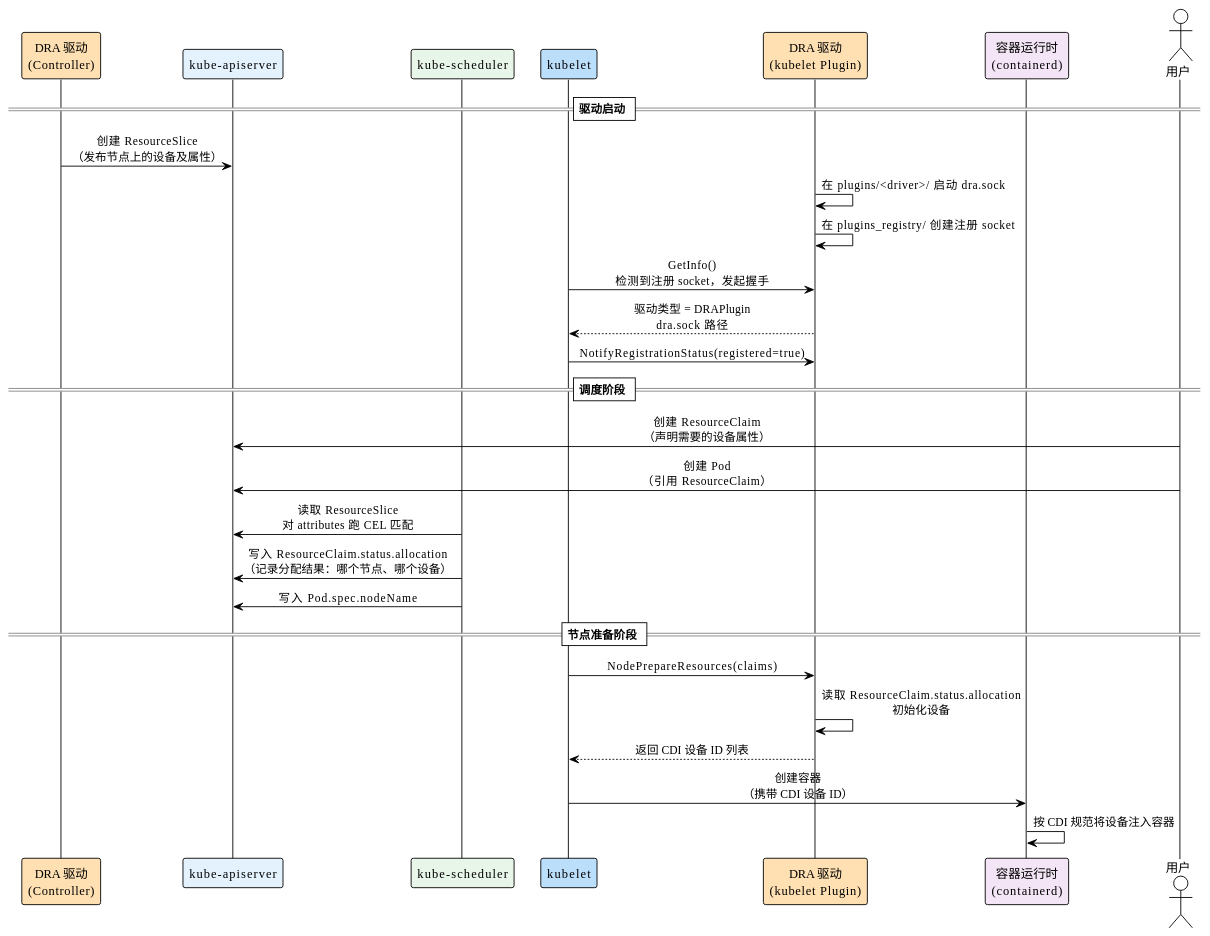
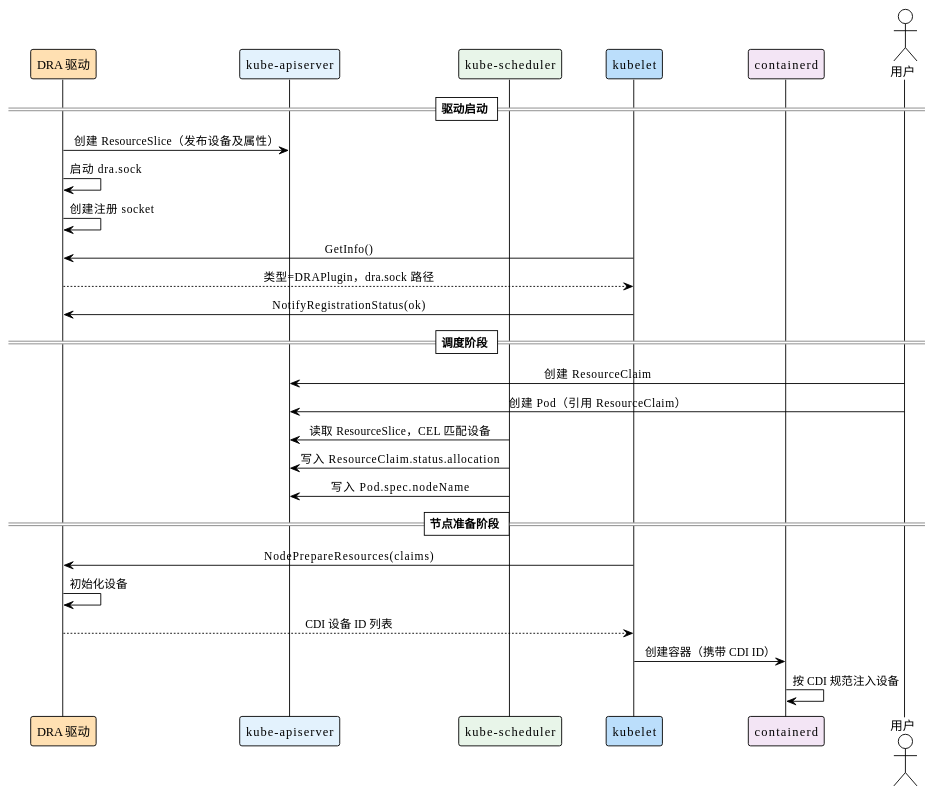
One commit to togettoyou/kubernetes-src-notes changed the diagram in content/extensions/dra.md. Above: the diagram before and after it, drawn with PlantUML.

Commit message:
0419更新

````diff
--- a/content/extensions/dra.md
+++ b/content/extensions/dra.md
@@ -63,38 +63,38 @@
 ```plantuml
 @startuml
 !theme plain
 skinparam sequenceMessageAlign center
 skinparam responseMessageBelowArrow true
 skinparam defaultTextAlignment center
+skinparam ParticipantPadding 20
 
-participant "DRA 驱动\n(Controller)" as ctrl #FFE0B2
+participant "DRA 驱动" as drv #FFE0B2
 participant "kube-apiserver" as api #E3F2FD
 participant "kube-scheduler" as sch #E8F5E9
 participant "kubelet" as k #BBDEFB
-participant "DRA 驱动\n(kubelet Plugin)" as plug #FFE0B2
-participant "容器运行时\n(containerd)" as cri #F3E5F5
+participant "containerd" as cri #F3E5F5
 actor "用户" as user
 
 == 驱动启动 ==
-ctrl -> api : 创建 ResourceSlice\n（发布节点上的设备及属性）
-plug -> plug : 在 plugins/<driver>/ 启动 dra.sock
-plug -> plug : 在 plugins_registry/ 创建注册 socket
-k -> plug : GetInfo()\n检测到注册 socket，发起握手
-plug --> k : 驱动类型 = DRAPlugin\ndra.sock 路径
-k -> plug : NotifyRegistrationStatus(registered=true)
+drv -> api : 创建 ResourceSlice（发布设备及属性）
+drv -> drv : 启动 dra.sock
+drv -> drv : 创建注册 socket
+k -> drv : GetInfo()
+drv --> k : 类型=DRAPlugin，dra.sock 路径
+k -> drv : NotifyRegistrationStatus(ok)
 
 == 调度阶段 ==
-user -> api : 创建 ResourceClaim\n（声明需要的设备属性）
-user -> api : 创建 Pod\n（引用 ResourceClaim）
-sch -> api : 读取 ResourceSlice\n对 attributes 跑 CEL 匹配
-sch -> api : 写入 ResourceClaim.status.allocation\n（记录分配结果：哪个节点、哪个设备）
+user -> api : 创建 ResourceClaim
+user -> api : 创建 Pod（引用 ResourceClaim）
+sch -> api : 读取 ResourceSlice，CEL 匹配设备
+sch -> api : 写入 ResourceClaim.status.allocation
 sch -> api : 写入 Pod.spec.nodeName
 
 == 节点准备阶段 ==
-k -> plug : NodePrepareResources(claims)
-plug -> plug : 读取 ResourceClaim.status.allocation\n初始化设备
-plug --> k : 返回 CDI 设备 ID 列表
-k -> cri : 创建容器\n（携带 CDI 设备 ID）
-cri -> cri : 按 CDI 规范将设备注入容器
+k -> drv : NodePrepareResources(claims)
+drv -> drv : 初始化设备
+drv --> k : CDI 设备 ID 列表
+k -> cri : 创建容器（携带 CDI ID）
+cri -> cri : 按 CDI 规范注入设备
 @enduml
 ```
````
